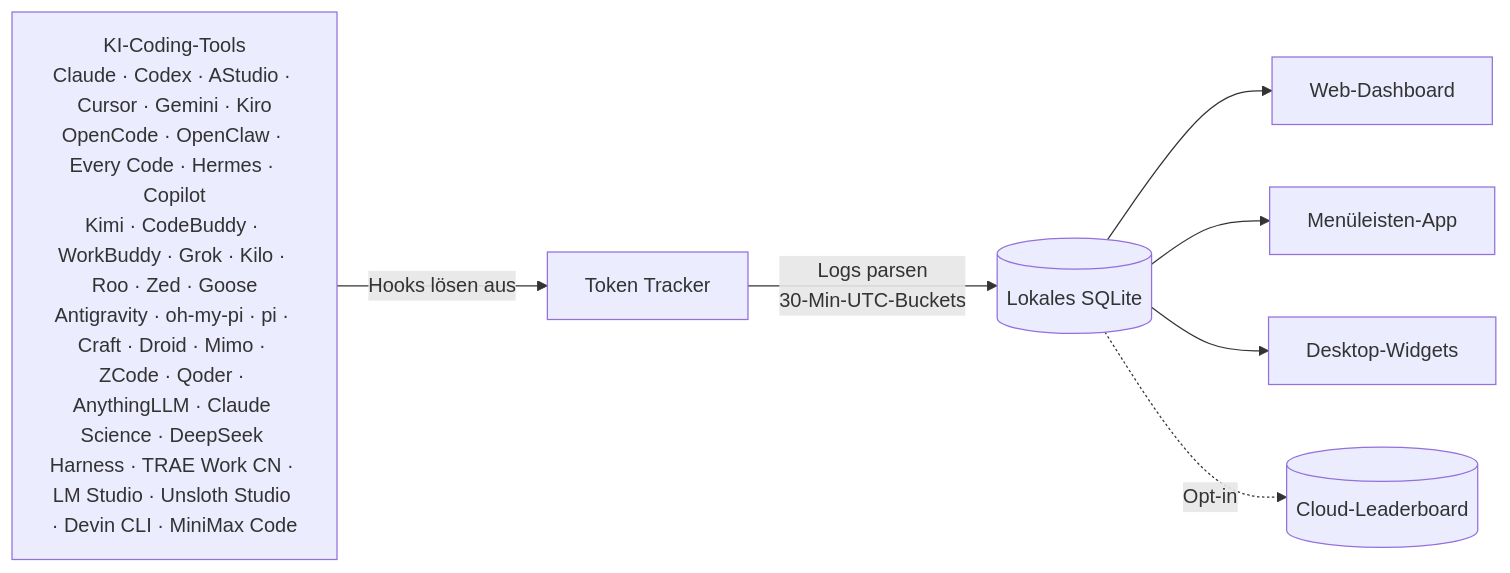
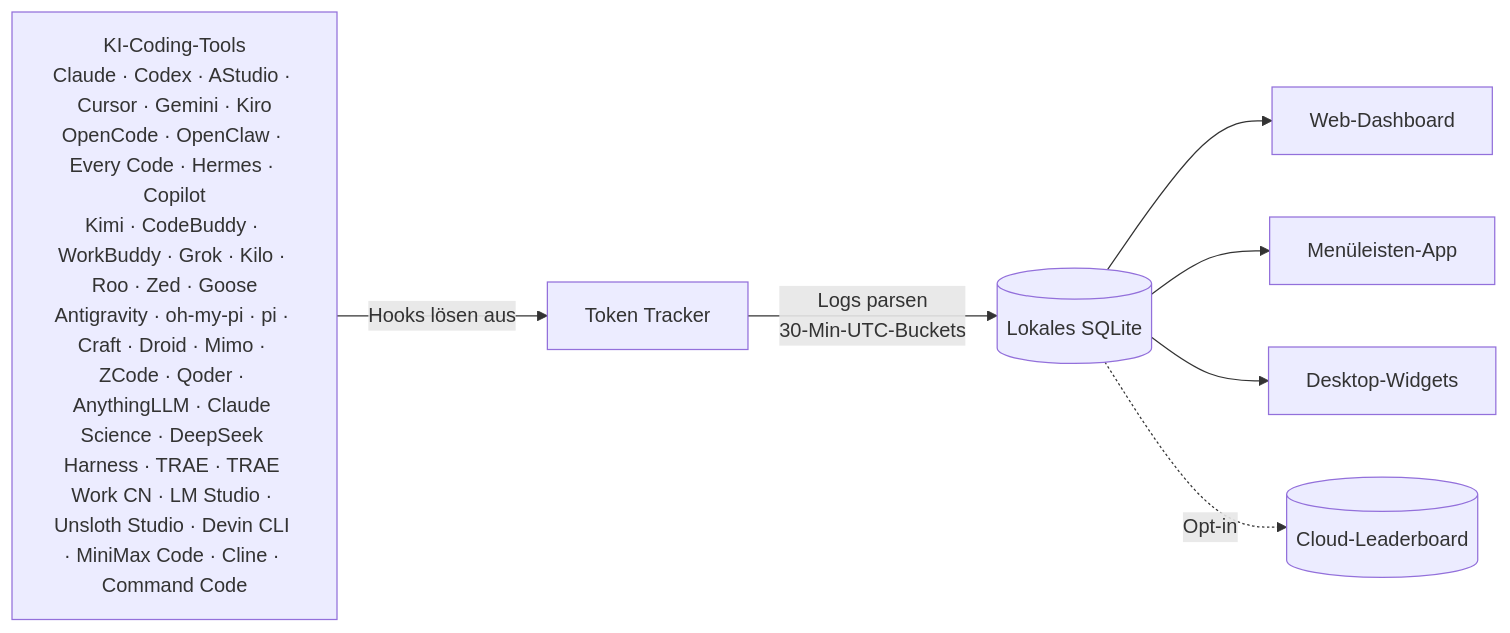
One commit to 1490459250li-hub/TokenTracker changed the diagram in README.de.md. Above: the diagram before and after it, drawn with Mermaid. The commit also changed other lines of this file and 50 other files, not shown here.

````diff
--- a/README.de.md
+++ b/README.de.md
@@ -241,10 +242,10 @@
 ```mermaid
 flowchart LR
-    A["KI-Coding-Tools<br/>Claude · Codex · AStudio · Cursor · Gemini · Kiro<br/>OpenCode · OpenClaw · Every Code · Hermes · Copilot<br/>Kimi · CodeBuddy · WorkBuddy · Grok · Kilo · Roo · Zed · Goose<br/>Antigravity · oh-my-pi · pi · Craft · Droid · Mimo · ZCode · Qoder · AnythingLLM · Claude Science · DeepSeek Harness · TRAE Work CN · LM Studio · Unsloth Studio · Devin CLI · MiniMax Code"]
+    A["KI-Coding-Tools<br/>Claude · Codex · AStudio · Cursor · Gemini · Kiro<br/>OpenCode · OpenClaw · Every Code · Hermes · Copilot<br/>Kimi · CodeBuddy · WorkBuddy · Grok · Kilo · Roo · Zed · Goose<br/>Antigravity · oh-my-pi · pi · Craft · Droid · Mimo · ZCode · Qoder · AnythingLLM · Claude Science · DeepSeek Harness · TRAE · TRAE Work CN · LM Studio · Unsloth Studio · Devin CLI · MiniMax Code · Cline · Command Code"]
     A -->|Hooks lösen aus| B[Token Tracker]
     B -->|Logs parsen<br/>30-Min-UTC-Buckets| C[(Lokales SQLite)]
     C --> D[Web-Dashboard]
     C --> E[Menüleisten-App]
     C --> F[Desktop-Widgets]
     C -.->|Opt-in| G[(Cloud-Leaderboard)]
 ```
````
